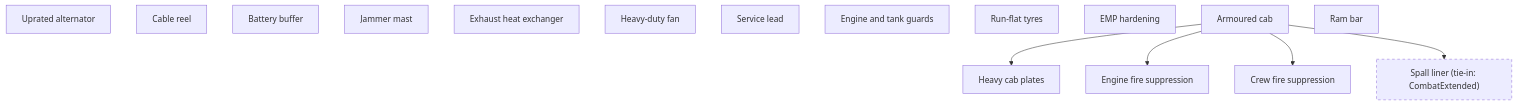
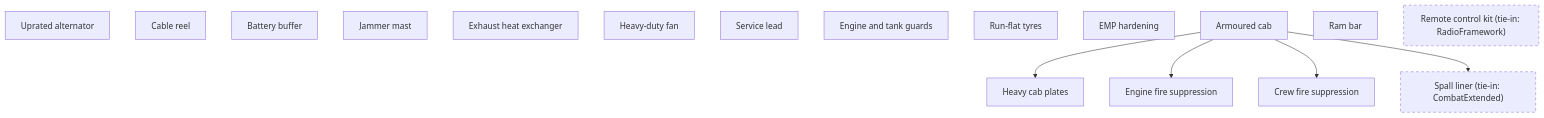
Before and after one commit to phobos-dthorga/phobos-rimworld: the second of 2 diagrams in docs/development/vehicle-generator-set.md, drawn with Mermaid. The commit also changed 40 other files, not shown here.

First line of the commit message:
The remote control kit on the trucks, and a colonist at the console (Vehicles 0.117.0, Radio Framework 0.12.0)

````diff
--- a/docs/development/vehicle-generator-set.md
+++ b/docs/development/vehicle-generator-set.md
@@ -233,25 +233,26 @@
 ```mermaid
 flowchart TB
   BiggerAlternator["Uprated alternator"]
   CableReel["Cable reel"]
   BatteryBuffer["Battery buffer"]
   GroundJammer["Jammer mast"]
   HeatRecovery["Exhaust heat exchanger"]
   HeavyFan["Heavy-duty fan"]
   PhobosServiceLead["Service lead"]
   PhobosEngineGuards["Engine and tank guards"]
   PhobosRunFlatTyres["Run-flat tyres"]
   PhobosEmpHardening["EMP hardening"]
   PhobosArmouredCab["Armoured cab"]
   PhobosRamBar["Ram bar"]
   PhobosHeavyCabPlates["Heavy cab plates"]
   PhobosSuppressionEngine["Engine fire suppression"]
   PhobosSuppressionCrew["Crew fire suppression"]
   PhobosSpallLiner["Spall liner (tie-in: CombatExtended)"]
+  PhobosRemoteControlKit["Remote control kit (tie-in: RadioFramework)"]
   PhobosArmouredCab --> PhobosHeavyCabPlates
   PhobosArmouredCab --> PhobosSuppressionEngine
   PhobosArmouredCab --> PhobosSuppressionCrew
   PhobosArmouredCab --> PhobosSpallLiner
   classDef tiein stroke-dasharray: 5 5
-  class PhobosSpallLiner tiein
+  class PhobosSpallLiner,PhobosRemoteControlKit tiein
 ```
````
